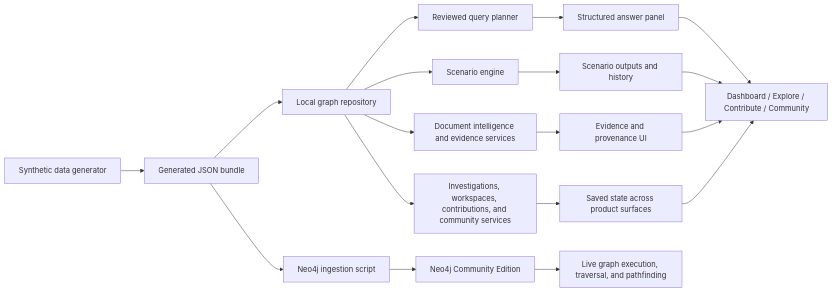
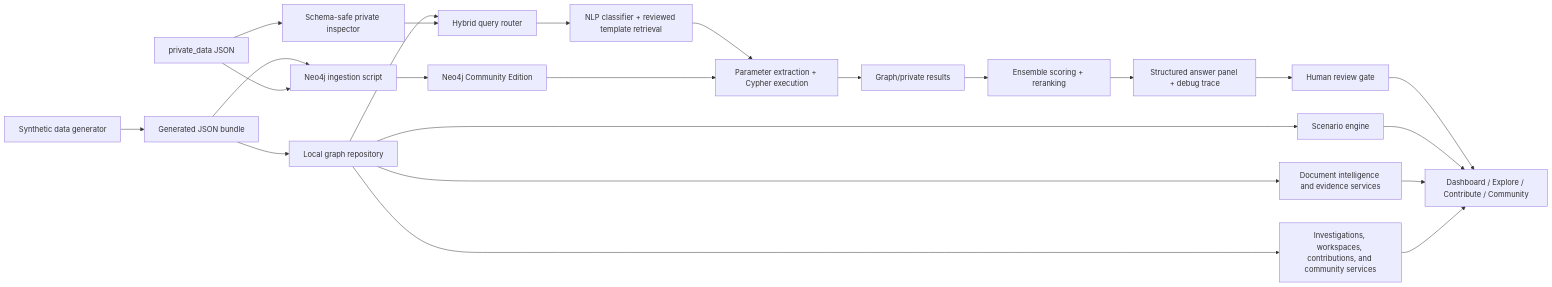
Before and after one commit to Whauv/PackGraph-Lab: the diagram in README.md, drawn with Mermaid. The commit also changed other lines of this file and 20 other files, not shown here.

Commit message:
Add Neo4j private-data query flow and guided tour

````diff
--- a/README.md
+++ b/README.md
@@ -135,20 +137,25 @@
 ```mermaid
 flowchart LR
     A["Synthetic data generator"] --> B["Generated JSON bundle"]
+    P["private_data JSON"] --> Q["Schema-safe private inspector"]
     B --> C["Local graph repository"]
     B --> D["Neo4j ingestion script"]
+    P --> D
     D --> E["Neo4j Community Edition"]
-    C --> F["Reviewed query planner"]
-    C --> G["Scenario engine"]
-    C --> H["Document intelligence and evidence services"]
-    C --> I["Investigations, workspaces, contributions, and community services"]
-    F --> J["Structured answer panel"]
-    G --> K["Scenario outputs and history"]
-    H --> L["Evidence and provenance UI"]
-    I --> M["Saved state across product surfaces"]
-    J --> N["Dashboard / Explore / Contribute / Community"]
-    K --> N
-    L --> N
-    M --> N
-    E --> O["Live graph execution, traversal, and pathfinding"]
+    C --> F["Hybrid query router"]
+    Q --> F
+    F --> G["NLP classifier + reviewed template retrieval"]
+    G --> H["Parameter extraction + Cypher execution"]
+    H --> I["Graph/private results"]
+    I --> J["Ensemble scoring + reranking"]
+    J --> K["Structured answer panel + debug trace"]
+    K --> L["Human review gate"]
+    C --> M["Scenario engine"]
+    C --> N["Document intelligence and evidence services"]
+    C --> O["Investigations, workspaces, contributions, and community services"]
+    L --> R["Dashboard / Explore / Contribute / Community"]
+    M --> R
+    N --> R
+    O --> R
+    E --> H
 ```
````
